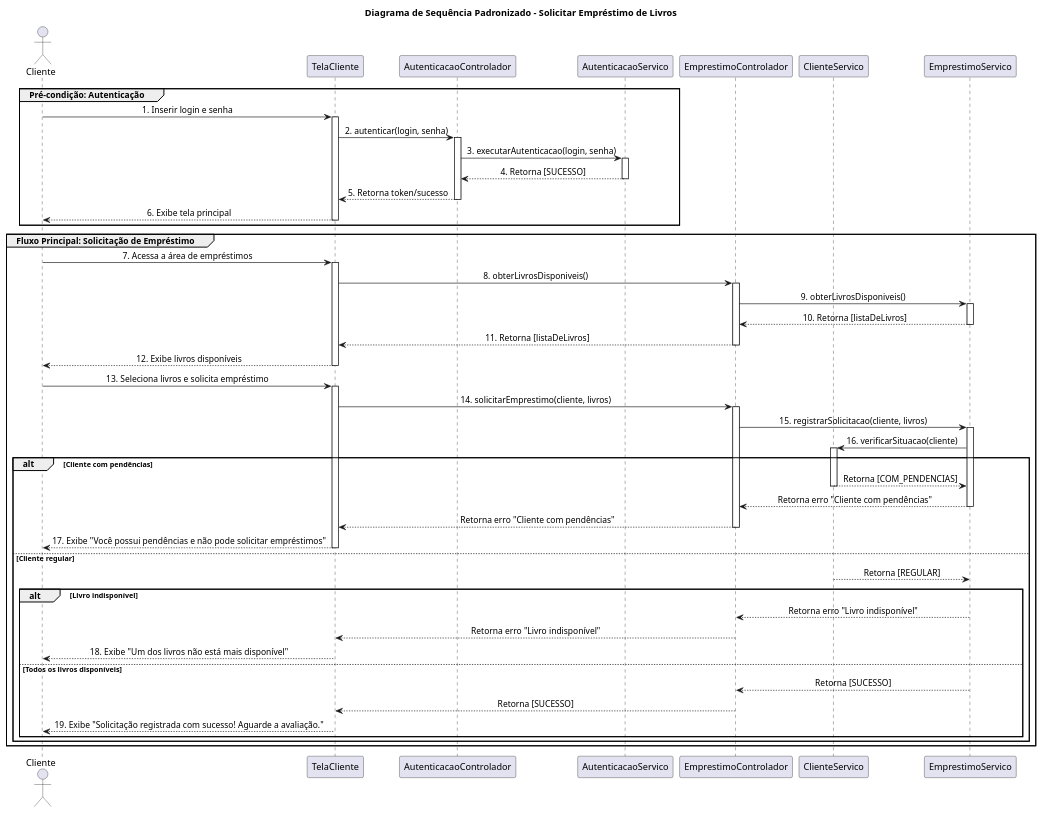
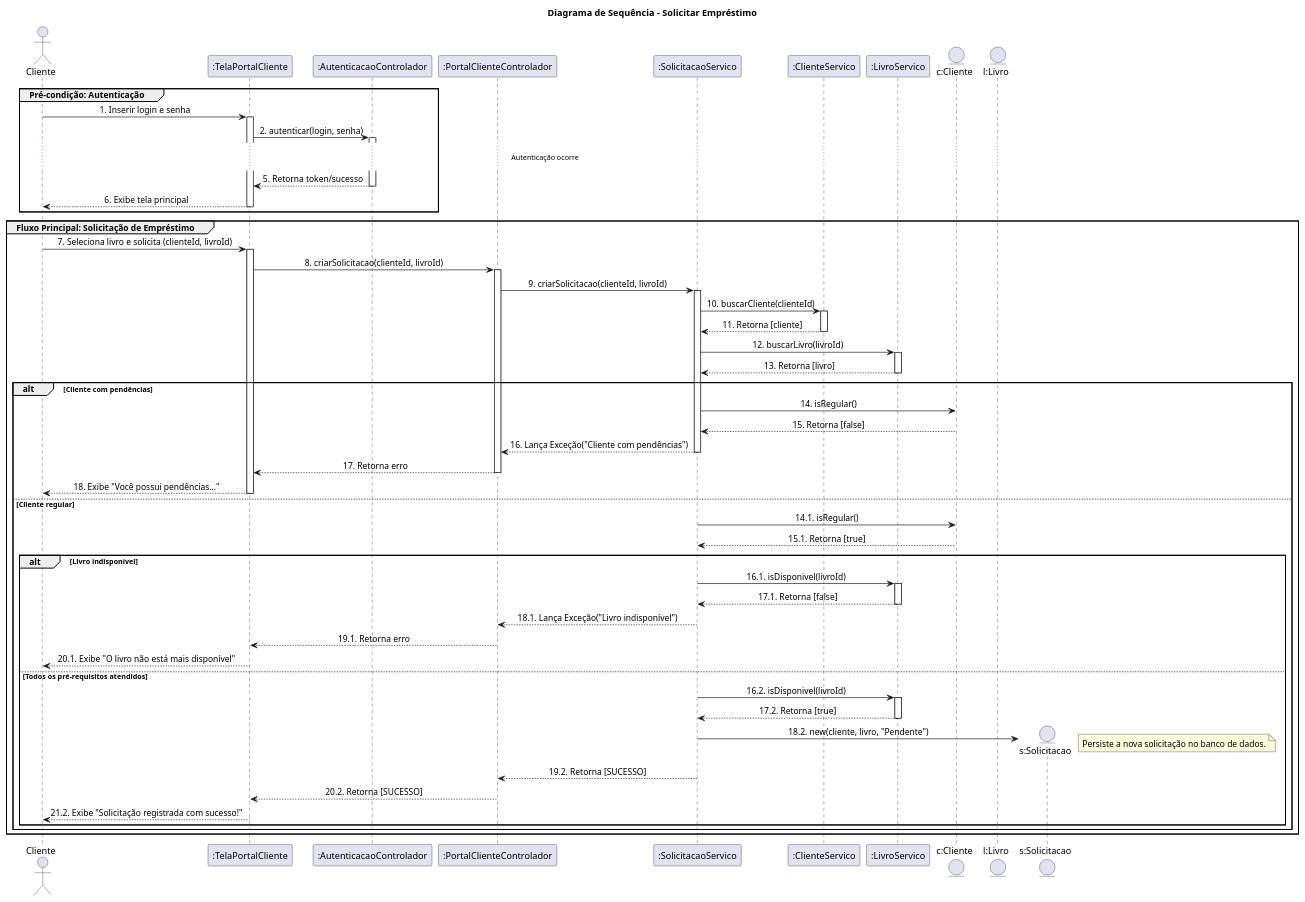
The diagram in sequencia/sequencia_solicitar_emprestimos.iuml (felipehidequel/aps-biblioteca), drawn with PlantUML before and after one commit. The commit also changed 3 other files, not shown here.

Commit message:
docs: update diagrams

```diff
--- a/sequencia/sequencia_solicitar_emprestimos.iuml
+++ b/sequencia/sequencia_solicitar_emprestimos.iuml
@@ -1,61 +1,73 @@
 @startuml
-title Diagrama de Sequência Padronizado - Solicitar Empréstimo de Livros
+title Diagrama de Sequência - Solicitar Empréstimo
 
 actor Cliente
-participant TelaCliente
-participant AutenticacaoControlador
-participant AutenticacaoServico
-participant EmprestimoControlador
-participant ClienteServico
-participant EmprestimoServico
+participant ":TelaPortalCliente" as Tela
+participant ":AutenticacaoControlador" as AuthControl
+participant ":PortalClienteControlador" as SolicitacaoControl
+participant ":SolicitacaoServico" as SolicitacaoSvc
+participant ":ClienteServico" as ClienteSvc
+participant ":LivroServico" as LivroSvc
+entity "c:Cliente" as ClienteEnt
+entity "l:Livro" as LivroEnt
+entity "s:Solicitacao" as SolicitacaoEnt
 
 skinparam sequenceMessageAlign center
 
 group Pré-condição: Autenticação
-    Cliente -> TelaCliente ++ : 1. Inserir login e senha
-    TelaCliente -> AutenticacaoControlador ++ : 2. autenticar(login, senha)
-    AutenticacaoControlador -> AutenticacaoServico ++ : 3. executarAutenticacao(login, senha)
-    AutenticacaoServico --> AutenticacaoControlador -- : 4. Retorna [SUCESSO]
-    AutenticacaoControlador --> TelaCliente -- : 5. Retorna token/sucesso
-    TelaCliente --> Cliente -- : 6. Exibe tela principal
+    Cliente -> Tela ++ : 1. Inserir login e senha
+    Tela -> AuthControl ++ : 2. autenticar(login, senha)
+    ... Autenticação ocorre ...
+    AuthControl --> Tela -- : 5. Retorna token/sucesso
+    Tela --> Cliente -- : 6. Exibe tela principal
 end
 
 group Fluxo Principal: Solicitação de Empréstimo
 
-    Cliente -> TelaCliente ++ : 7. Acessa a área de empréstimos
-    TelaCliente -> EmprestimoControlador ++ : 8. obterLivrosDisponiveis()
-    EmprestimoControlador -> EmprestimoServico ++ : 9. obterLivrosDisponiveis()
-    EmprestimoServico --> EmprestimoControlador -- : 10. Retorna [listaDeLivros]
-    EmprestimoControlador --> TelaCliente -- : 11. Retorna [listaDeLivros]
-    TelaCliente --> Cliente -- : 12. Exibe livros disponíveis
+    Cliente -> Tela ++ : 7. Seleciona livro e solicita (clienteId, livroId)
+    Tela -> SolicitacaoControl ++ : 8. criarSolicitacao(clienteId, livroId)
+    
+    ' O Controlador delega a lógica de negócio para o Serviço
+    SolicitacaoControl -> SolicitacaoSvc ++ : 9. criarSolicitacao(clienteId, livroId)
+    
+    ' Passo 1: O Serviço busca as entidades necessárias
+    SolicitacaoSvc -> ClienteSvc ++ : 10. buscarCliente(clienteId)
+    ClienteSvc --> SolicitacaoSvc -- : 11. Retorna [cliente]
+    SolicitacaoSvc -> LivroSvc ++ : 12. buscarLivro(livroId)
+    LivroSvc --> SolicitacaoSvc -- : 13. Retorna [livro]
 
-    Cliente -> TelaCliente ++ : 13. Seleciona livros e solicita empréstimo
-    TelaCliente -> EmprestimoControlador ++ : 14. solicitarEmprestimo(cliente, livros)
-    EmprestimoControlador -> EmprestimoServico ++ : 15. registrarSolicitacao(cliente, livros)
-    
-    ' Lógica de negócio é centralizada no EmprestimoServico
-    EmprestimoServico -> ClienteServico ++ : 16. verificarSituacao(cliente)
-    
+    ' Passo 2: O Serviço executa as validações
     alt Cliente com pendências
-        ClienteServico --> EmprestimoServico -- : Retorna [COM_PENDENCIAS]
-        EmprestimoServico --> EmprestimoControlador -- : Retorna erro "Cliente com pendências"
-        EmprestimoControlador --> TelaCliente -- : Retorna erro "Cliente com pendências"
-        TelaCliente --> Cliente --: 17. Exibe "Você possui pendências e não pode solicitar empréstimos"
+        SolicitacaoSvc -> ClienteEnt : 14. isRegular()
+        ClienteEnt --> SolicitacaoSvc -- : 15. Retorna [false]
+        SolicitacaoSvc --> SolicitacaoControl -- : 16. Lança Exceção("Cliente com pendências")
+        SolicitacaoControl --> Tela -- : 17. Retorna erro
+        Tela --> Cliente --: 18. Exibe "Você possui pendências..."
     
     else Cliente regular
-        ClienteServico --> EmprestimoServico -- : Retorna [REGULAR]
+        SolicitacaoSvc -> ClienteEnt : 14.1. isRegular()
+        ClienteEnt --> SolicitacaoSvc -- : 15.1. Retorna [true]
         
-        ' EmprestimoServico continua a verificação (ex: disponibilidade dos livros)
         alt Livro indisponível
-            EmprestimoServico --> EmprestimoControlador -- : Retorna erro "Livro indisponível"
-            EmprestimoControlador --> TelaCliente -- : Retorna erro "Livro indisponível"
-            TelaCliente --> Cliente --: 18. Exibe "Um dos livros não está mais disponível"
+            SolicitacaoSvc -> LivroSvc ++ : 16.1. isDisponivel(livroId)
+            LivroSvc --> SolicitacaoSvc -- : 17.1. Retorna [false]
+            SolicitacaoSvc --> SolicitacaoControl -- : 18.1. Lança Exceção("Livro indisponível")
+            SolicitacaoControl --> Tela -- : 19.1. Retorna erro
+            Tela --> Cliente --: 20.1. Exibe "O livro não está mais disponível"
         
-        else Todos os livros disponíveis
-            EmprestimoServico --> EmprestimoControlador -- : Retorna [SUCESSO]
-            EmprestimoControlador --> TelaCliente -- : Retorna [SUCESSO]
-            TelaCliente --> Cliente --: 19. Exibe "Solicitação registrada com sucesso! Aguarde a avaliação."
+        else Todos os pré-requisitos atendidos
+            SolicitacaoSvc -> LivroSvc ++ : 16.2. isDisponivel(livroId)
+            LivroSvc --> SolicitacaoSvc -- : 17.2. Retorna [true]
+            
+            ' Passo 3: O Serviço cria e persiste a nova entidade
+            create SolicitacaoEnt
+            SolicitacaoSvc -> SolicitacaoEnt : 18.2. new(cliente, livro, "Pendente")
+            note right: Persiste a nova solicitação no banco de dados.
+            
+            SolicitacaoSvc --> SolicitacaoControl -- : 19.2. Retorna [SUCESSO]
+            SolicitacaoControl --> Tela -- : 20.2. Retorna [SUCESSO]
+            Tela --> Cliente --: 21.2. Exibe "Solicitação registrada com sucesso!"
         end
     end
 end
 @enduml
```
